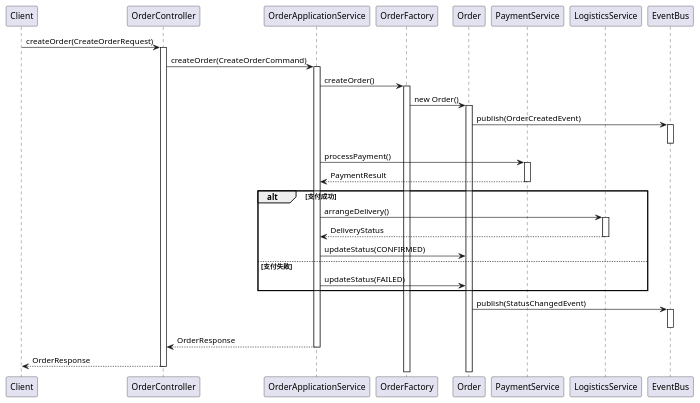
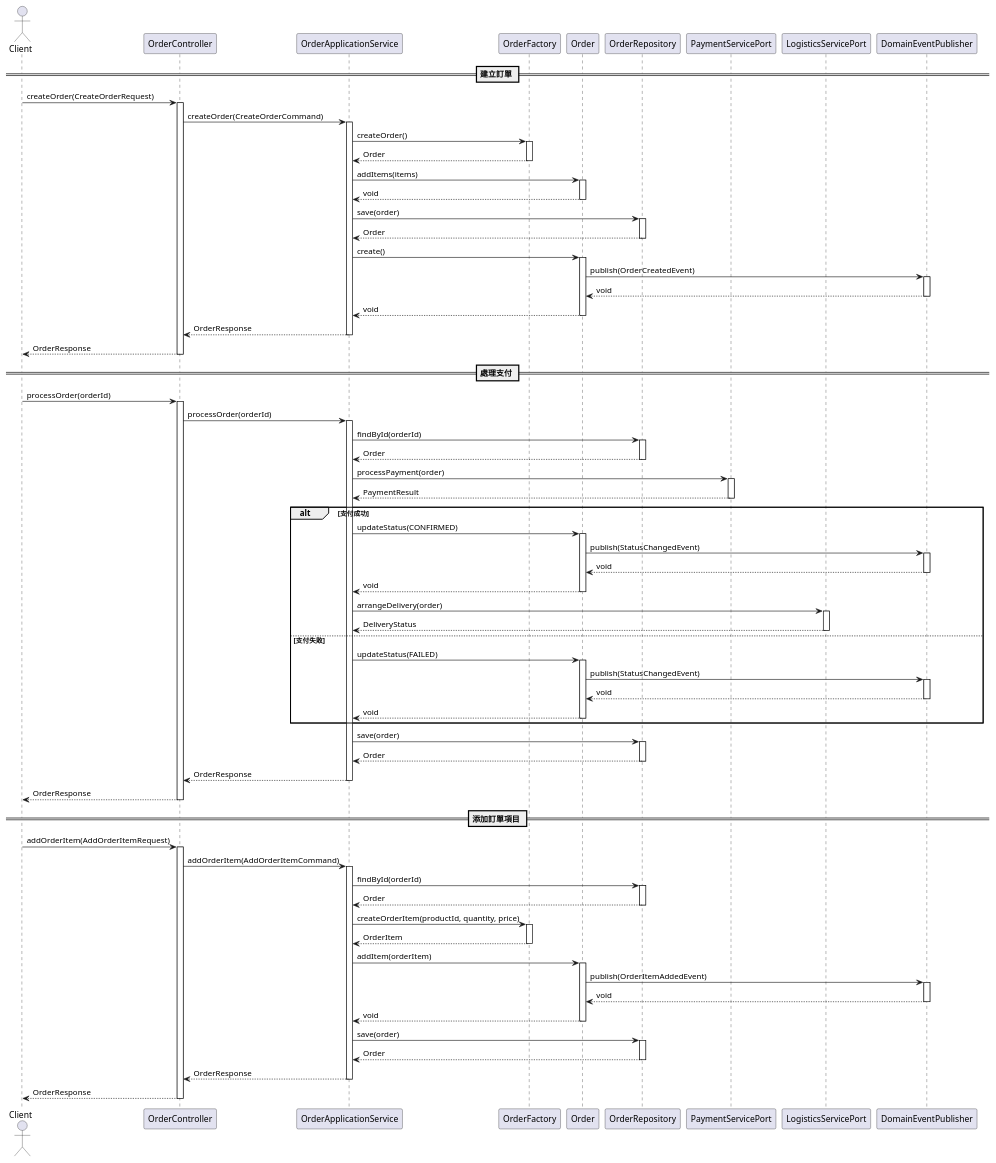
The diagram in docs/uml/sequence-diagram.puml (humank/genai-demo), drawn with PlantUML before and after one commit. The commit also changed 40 other files, not shown here.

Commit message:
Add use case diagram for the system in SVG format

```diff
--- a/docs/uml/sequence-diagram.puml
+++ b/docs/uml/sequence-diagram.puml
@@ -1,54 +1,141 @@
 @startuml 訂單處理時序圖
 skinparam responseMessageBelowArrow true
 
-participant "Client" as C
+actor "Client" as C
 participant "OrderController" as OC
 participant "OrderApplicationService" as OAS
 participant "OrderFactory" as OF
 participant "Order" as O
-participant "PaymentService" as PS
-participant "LogisticsService" as LS
-participant "EventBus" as EB
+participant "OrderRepository" as OR
+participant "PaymentServicePort" as PSP
+participant "LogisticsServicePort" as LSP
+participant "DomainEventPublisher" as DEP
 
+== 建立訂單 ==
 C -> OC: createOrder(CreateOrderRequest)
 activate OC
 
 OC -> OAS: createOrder(CreateOrderCommand)
 activate OAS
 
 OAS -> OF: createOrder()
 activate OF
+OF --> OAS: Order
+deactivate OF
 
-OF -> O: new Order()
+OAS -> O: addItems(items)
 activate O
+O --> OAS: void
+deactivate O
 
-O -> EB: publish(OrderCreatedEvent)
-activate EB
-deactivate EB
+OAS -> OR: save(order)
+activate OR
+OR --> OAS: Order
+deactivate OR
 
-OAS -> PS: processPayment()
-activate PS
-PS --> OAS: PaymentResult
-deactivate PS
+OAS -> O: create()
+activate O
+O -> DEP: publish(OrderCreatedEvent)
+activate DEP
+DEP --> O: void
+deactivate DEP
+O --> OAS: void
+deactivate O
+
+OAS --> OC: OrderResponse
+deactivate OAS
+
+OC --> C: OrderResponse
+deactivate OC
+
+== 處理支付 ==
+C -> OC: processOrder(orderId)
+activate OC
+
+OC -> OAS: processOrder(orderId)
+activate OAS
+
+OAS -> OR: findById(orderId)
+activate OR
+OR --> OAS: Order
+deactivate OR
+
+OAS -> PSP: processPayment(order)
+activate PSP
+PSP --> OAS: PaymentResult
+deactivate PSP
 
 alt 支付成功
-    OAS -> LS: arrangeDelivery()
-    activate LS
-    LS --> OAS: DeliveryStatus
-    deactivate LS
     OAS -> O: updateStatus(CONFIRMED)
+    activate O
+    O -> DEP: publish(StatusChangedEvent)
+    activate DEP
+    DEP --> O: void
+    deactivate DEP
+    O --> OAS: void
+    deactivate O
+    
+    OAS -> LSP: arrangeDelivery(order)
+    activate LSP
+    LSP --> OAS: DeliveryStatus
+    deactivate LSP
 else 支付失敗
     OAS -> O: updateStatus(FAILED)
+    activate O
+    O -> DEP: publish(StatusChangedEvent)
+    activate DEP
+    DEP --> O: void
+    deactivate DEP
+    O --> OAS: void
+    deactivate O
 end
 
-O -> EB: publish(StatusChangedEvent)
-activate EB
-deactivate EB
+OAS -> OR: save(order)
+activate OR
+OR --> OAS: Order
+deactivate OR
+
+OAS --> OC: OrderResponse
+deactivate OAS
+
+OC --> C: OrderResponse
+deactivate OC
+
+== 添加訂單項目 ==
+C -> OC: addOrderItem(AddOrderItemRequest)
+activate OC
+
+OC -> OAS: addOrderItem(AddOrderItemCommand)
+activate OAS
+
+OAS -> OR: findById(orderId)
+activate OR
+OR --> OAS: Order
+deactivate OR
+
+OAS -> OF: createOrderItem(productId, quantity, price)
+activate OF
+OF --> OAS: OrderItem
+deactivate OF
+
+OAS -> O: addItem(orderItem)
+activate O
+O -> DEP: publish(OrderItemAddedEvent)
+activate DEP
+DEP --> O: void
+deactivate DEP
+O --> OAS: void
+deactivate O
+
+OAS -> OR: save(order)
+activate OR
+OR --> OAS: Order
+deactivate OR
 
 OAS --> OC: OrderResponse
 deactivate OAS
 
 OC --> C: OrderResponse
 deactivate OC
 
 @enduml
```
